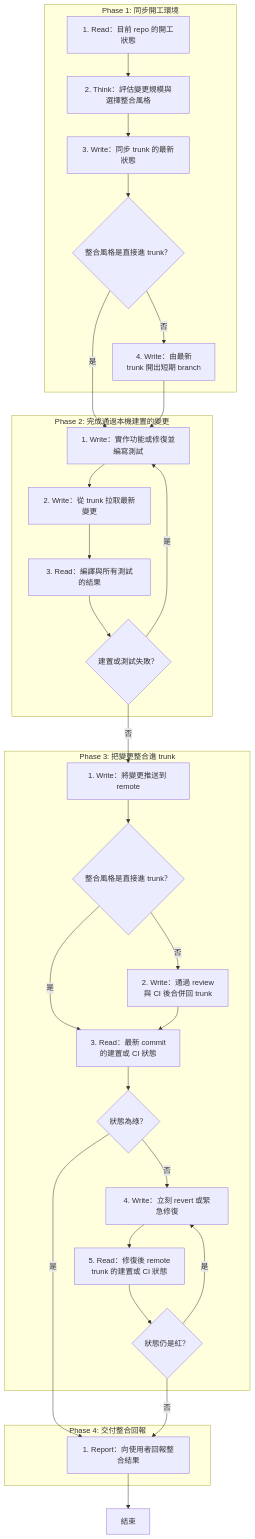
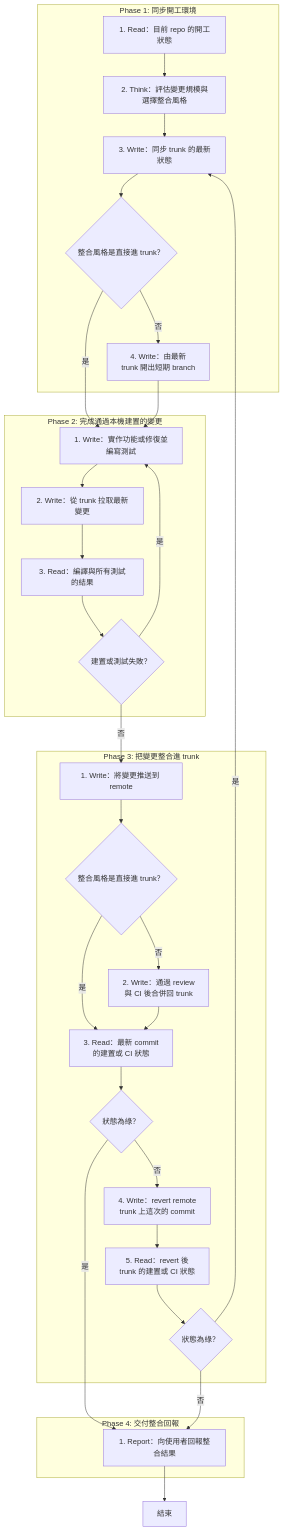
One commit to AI-x-BDD/BDGG-Dev-Skills changed the diagram in .agents/skills/trunk-based-development/SKILL.md. Above: the diagram before and after it, drawn with Mermaid. The commit also changed other lines of this file and 1 other file, not shown here.

Commit message:
fix: trunk-based-development 的 trunk 紅了一律先 revert,修復走本機建置再整合
Phase 3 Step 4 原本寫「立刻 revert 或緊急修復」:怎麼選沒有依據,
沒寫要推上 remote,緊急修復也不經過 Phase 2 的本機建置。走 revert
的話 Step 5 一綠就去回報,原本的變更已經不在 trunk 上。

現在 Step 4 只把這次的 commit 從 remote trunk revert 掉;Step 5
綠了回 Phase 1 Step 3,修好的變更重新走一次本機建置與整合。revert
之後還是紅代表不是這次的變更弄壞的,往下走到回報。

````diff
--- a/.agents/skills/trunk-based-development/SKILL.md
+++ b/.agents/skills/trunk-based-development/SKILL.md
@@ -32,53 +32,53 @@
 ```mermaid
 flowchart TD
     subgraph P1["Phase 1: 同步開工環境"]
         P1S1["1. Read：目前 repo 的開工狀態"]
         P1S2["2. Think：評估變更規模與選擇整合風格"]
         P1S3["3. Write：同步 trunk 的最新狀態"]
         G_P1S3_1{"整合風格是直接進 trunk？"}
         P1S4["4. Write：由最新<br/>trunk 開出短期 branch"]
     end
     subgraph P2["Phase 2: 完成通過本機建置的變更"]
         P2S1["1. Write：實作功能或修復並編寫測試"]
         P2S2["2. Write：從 trunk 拉取最新變更"]
         P2S3["3. Read：編譯與所有測試的結果"]
         G_P2S3_1{"建置或測試失敗？"}
     end
     subgraph P3["Phase 3: 把變更整合進 trunk"]
         P3S1["1. Write：將變更推送到 remote"]
         G_P3S1_1{"整合風格是直接進 trunk？"}
         P3S2["2. Write：通過 review<br/>與 CI 後合併回 trunk"]
         P3S3["3. Read：最新 commit<br/>的建置或 CI 狀態"]
         G_P3S3_1{"狀態為綠？"}
-        P3S4["4. Write：立刻 revert 或緊急修復"]
-        P3S5["5. Read：修復後 remote<br/>trunk 的建置或 CI 狀態"]
-        G_P3S5_1{"狀態仍是紅？"}
+        P3S4["4. Write：revert remote<br/>trunk 上這次的 commit"]
+        P3S5["5. Read：revert 後<br/>trunk 的建置或 CI 狀態"]
+        G_P3S5_1{"狀態為綠？"}
     end
     subgraph P4["Phase 4: 交付整合回報"]
         P4S1["1. Report：向使用者回報整合結果"]
     end
     End["結束"]
     P1S1 --> P1S2
     P1S2 --> P1S3
     P1S3 --> G_P1S3_1
     G_P1S3_1 -->|是| P2S1
     G_P1S3_1 -->|否| P1S4
     P1S4 --> P2S1
     P2S1 --> P2S2
     P2S2 --> P2S3
     P2S3 --> G_P2S3_1
     G_P2S3_1 -->|是| P2S1
     G_P2S3_1 -->|否| P3S1
     P3S1 --> G_P3S1_1
     G_P3S1_1 -->|是| P3S3
     G_P3S1_1 -->|否| P3S2
     P3S2 --> P3S3
     P3S3 --> G_P3S3_1
     G_P3S3_1 -->|是| P4S1
     G_P3S3_1 -->|否| P3S4
     P3S4 --> P3S5
     P3S5 --> G_P3S5_1
-    G_P3S5_1 -->|是| P3S4
+    G_P3S5_1 -->|是| P1S3
     G_P3S5_1 -->|否| P4S1
     P4S1 --> End
 ```
````
